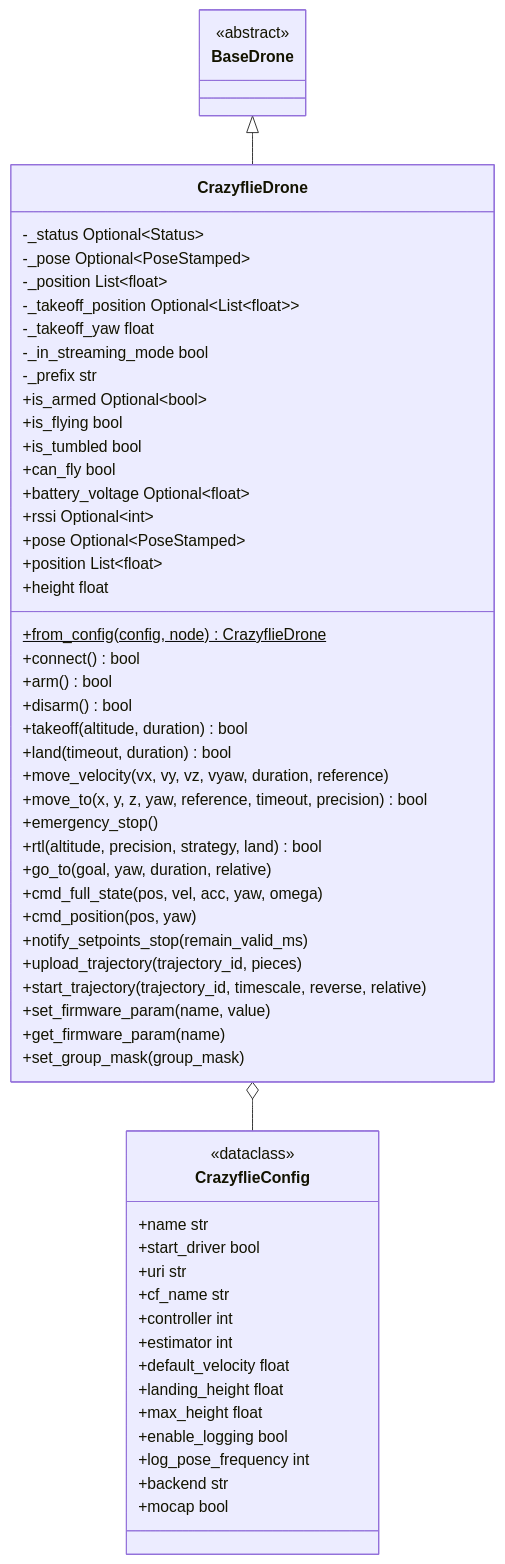
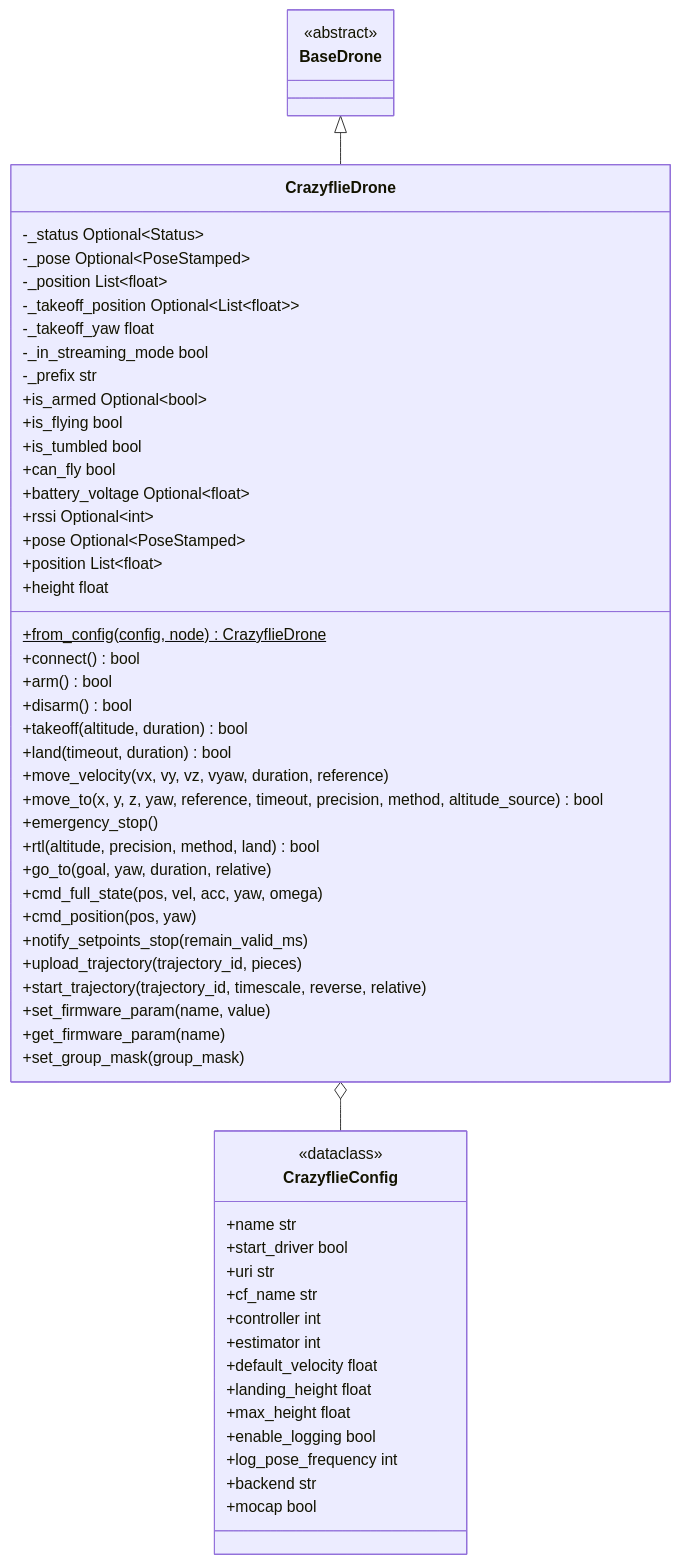
The diagram in nectar/nectar/control/crazyflie/README.md (Black-Bee-Drones/nectar-sdk), drawn with Mermaid before and after one commit. The commit also changed other lines of this file and 10 other files, not shown here.

````diff
--- a/nectar/nectar/control/crazyflie/README.md
+++ b/nectar/nectar/control/crazyflie/README.md
@@ -48,64 +48,64 @@
 ```mermaid
 classDiagram
     class CrazyflieDrone {
         -_status Optional~Status~
         -_pose Optional~PoseStamped~
         -_position List~float~
         -_takeoff_position Optional~List~float~~
         -_takeoff_yaw float
         -_in_streaming_mode bool
         -_prefix str
         +is_armed Optional~bool~
         +is_flying bool
         +is_tumbled bool
         +can_fly bool
         +battery_voltage Optional~float~
         +rssi Optional~int~
         +pose Optional~PoseStamped~
         +position List~float~
         +height float
         +from_config(config, node)$ CrazyflieDrone
         +connect() bool
         +arm() bool
         +disarm() bool
         +takeoff(altitude, duration) bool
         +land(timeout, duration) bool
         +move_velocity(vx, vy, vz, vyaw, duration, reference)
-        +move_to(x, y, z, yaw, reference, timeout, precision) bool
+        +move_to(x, y, z, yaw, reference, timeout, precision, method, altitude_source) bool
         +emergency_stop()
-        +rtl(altitude, precision, strategy, land) bool
+        +rtl(altitude, precision, method, land) bool
         +go_to(goal, yaw, duration, relative)
         +cmd_full_state(pos, vel, acc, yaw, omega)
         +cmd_position(pos, yaw)
         +notify_setpoints_stop(remain_valid_ms)
         +upload_trajectory(trajectory_id, pieces)
         +start_trajectory(trajectory_id, timescale, reverse, relative)
         +set_firmware_param(name, value)
         +get_firmware_param(name)
         +set_group_mask(group_mask)
     }
 
     class CrazyflieConfig {
         <<dataclass>>
         +name str
         +start_driver bool
         +uri str
         +cf_name str
         +controller int
         +estimator int
         +default_velocity float
         +landing_height float
         +max_height float
         +enable_logging bool
         +log_pose_frequency int
         +backend str
         +mocap bool
     }
 
     class BaseDrone {
         <<abstract>>
     }
 
     BaseDrone <|-- CrazyflieDrone
     CrazyflieDrone o-- CrazyflieConfig
 ```
````
